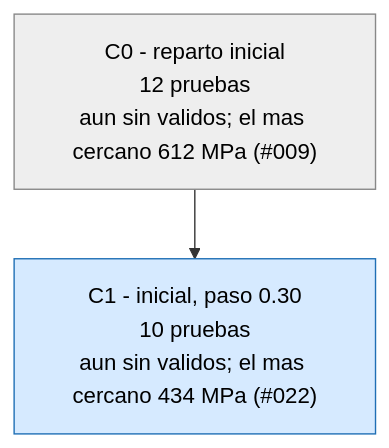
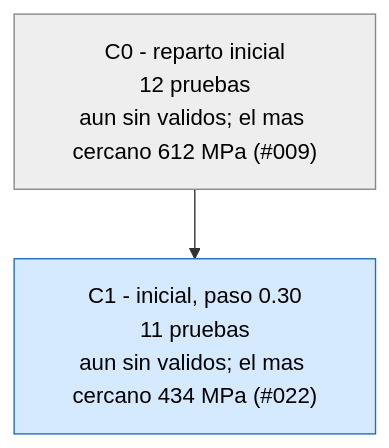
Before and after one commit to Hugiko/msd-soporte-optimizacion: the third of 3 diagrams in runs/opt_37800N/ARBOL.md, drawn with Mermaid. The commit also changed 19 other files, not shown here.

````diff
--- a/runs/opt_37800N/ARBOL.md
+++ b/runs/opt_37800N/ARBOL.md
@@ -33,9 +33,9 @@
 ```mermaid
 graph TD
 classDef activa fill:#d6eaff,stroke:#1f6fb5,color:#000
 classDef fin fill:#eeeeee,stroke:#888,color:#000
 classDef mejor fill:#c8f0c0,stroke:#1a9850,stroke-width:4px,color:#000
 C0["C0 - reparto inicial<br/>12 pruebas<br/>aun sin validos; el mas cercano 612 MPa (#009)"]:::fin
-C1["C1 - inicial, paso 0.30<br/>10 pruebas<br/>aun sin validos; el mas cercano 434 MPa (#022)"]:::activa
+C1["C1 - inicial, paso 0.30<br/>11 pruebas<br/>aun sin validos; el mas cercano 434 MPa (#022)"]:::activa
 C0 --> C1
 ```
````
